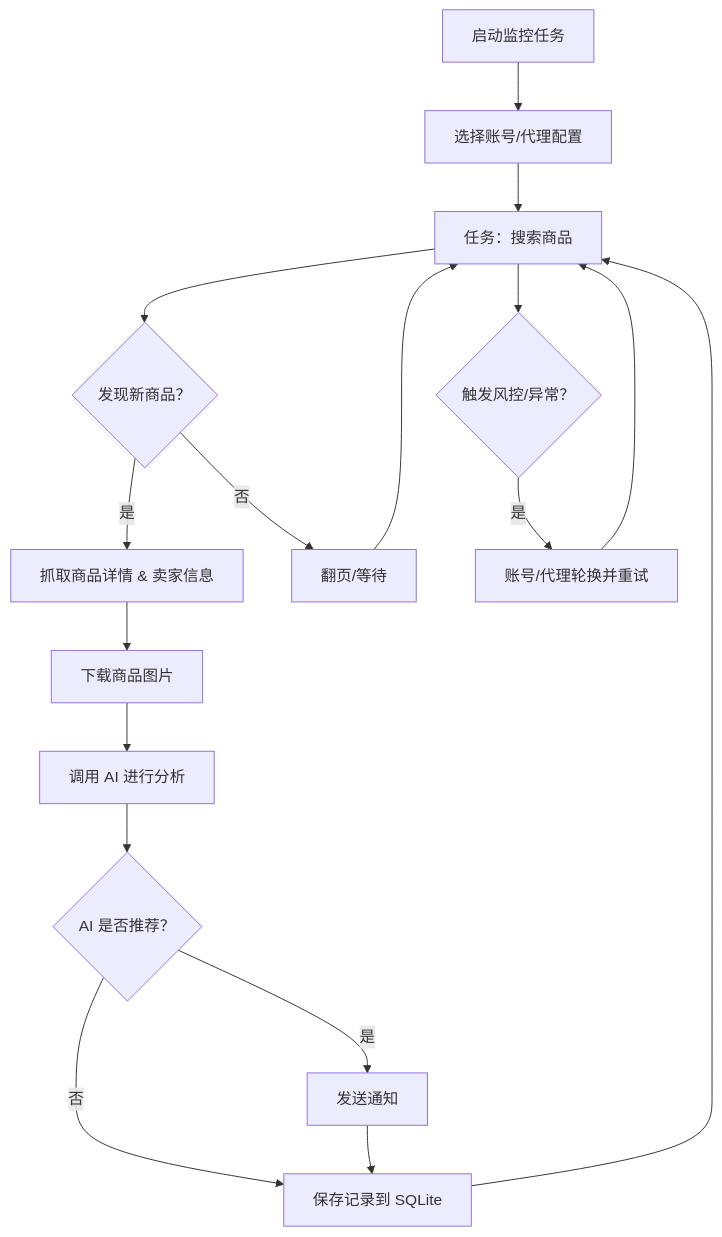
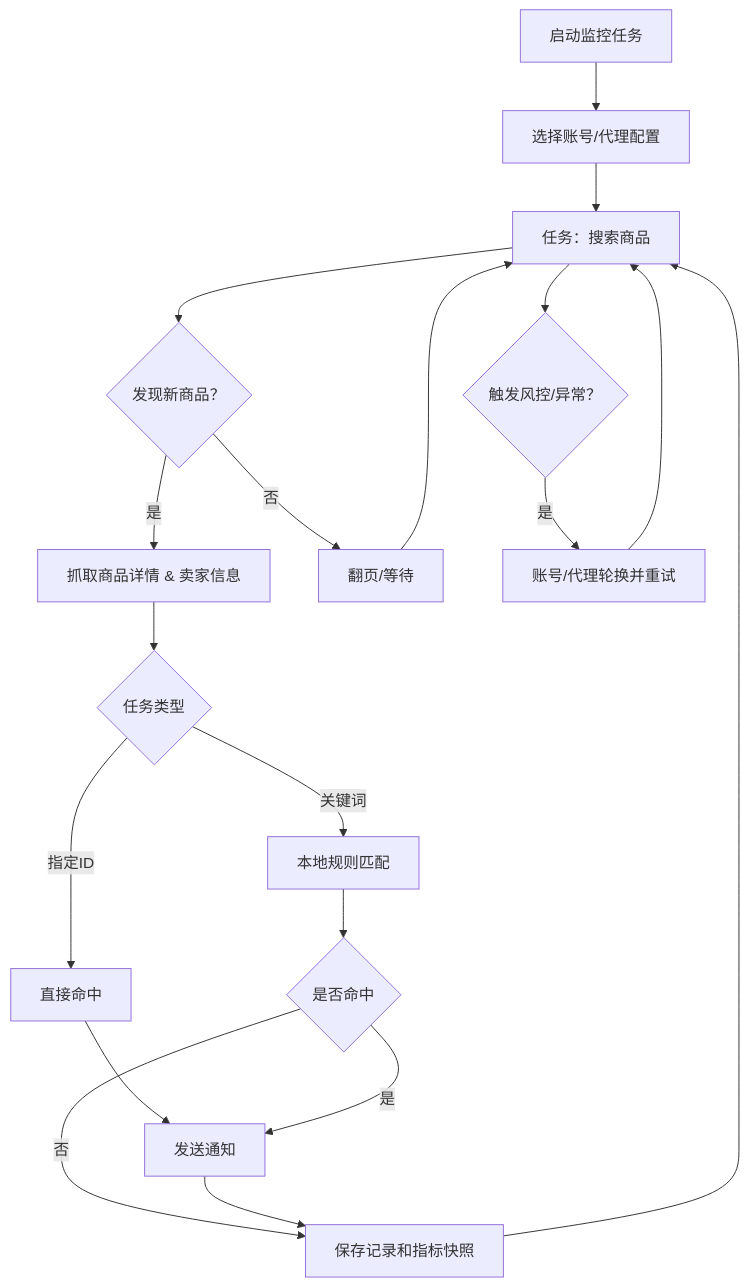
Before and after one commit to JoshuaYang2001/ai-goofish-monitor: the diagram in README.md, drawn with Mermaid. The commit also changed other lines of this file and 142 other files, not shown here.

````diff
--- a/README.md
+++ b/README.md
@@ -259,19 +248,21 @@
 ```mermaid
 graph TD
     A[启动监控任务] --> B[选择账号/代理配置];
     B --> C[任务：搜索商品];
     C --> D{发现新商品？};
     D -- 是 --> E[抓取商品详情 & 卖家信息];
-    E --> F[下载商品图片];
-    F --> G[调用 AI 进行分析];
-    G --> H{AI 是否推荐？};
-    H -- 是 --> I[发送通知];
-    H -- 否 --> J[保存记录到 SQLite];
-    I --> J;
-    D -- 否 --> K[翻页/等待];
+    E --> F{任务类型};
+    F -- 关键词 --> G[本地规则匹配];
+    F -- 指定ID --> H[直接命中];
+    G --> I{是否命中};
+    H --> J[发送通知];
+    I -- 是 --> J;
+    I -- 否 --> K[仅保存记录];
+    J --> K[保存记录和指标快照];
+    D -- 否 --> L[翻页/等待];
+    L --> C;
     K --> C;
-    J --> C;
-    C --> L{触发风控/异常？};
-    L -- 是 --> M[账号/代理轮换并重试];
-    M --> C;
+    C --> M{触发风控/异常？};
+    M -- 是 --> N[账号/代理轮换并重试];
+    N --> C;
 ```
````
